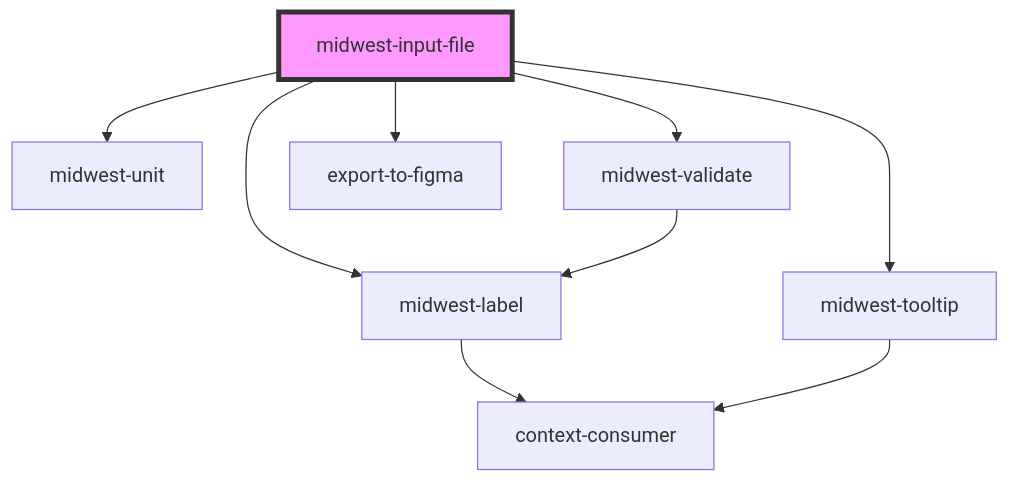
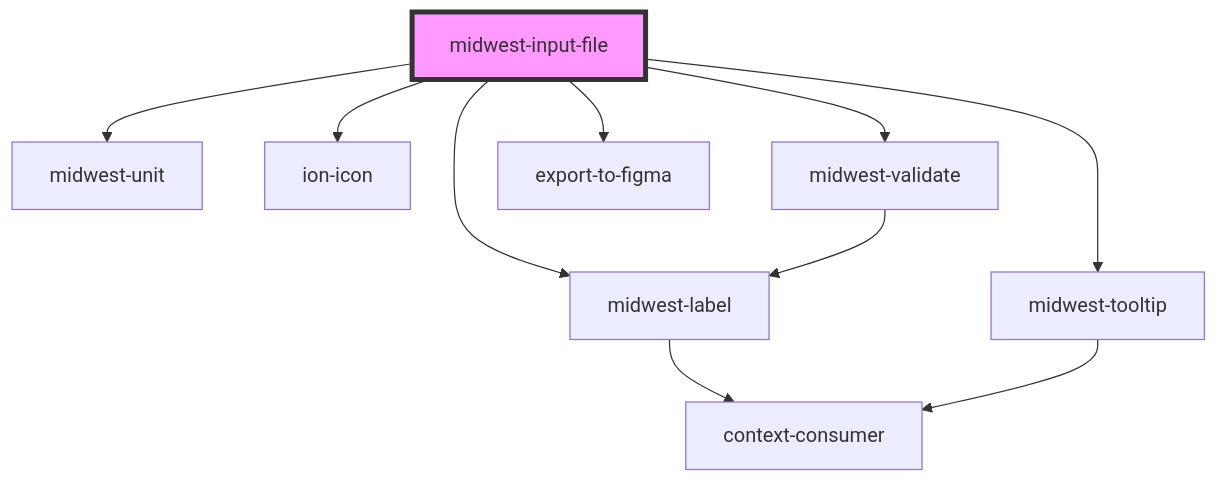
Before and after one commit to splitinfinities/Midwest: the diagram in packages/core/docs/components/forms/input-file/readme.md, drawn with Mermaid. The commit also changed other lines of this file and 388 other files, not shown here.

````diff
--- a/packages/core/docs/components/forms/input-file/readme.md
+++ b/packages/core/docs/components/forms/input-file/readme.md
@@ -69,12 +70,13 @@
 ```mermaid
 graph TD;
   midwest-input-file --> midwest-unit
+  midwest-input-file --> ion-icon
   midwest-input-file --> midwest-label
   midwest-input-file --> midwest-tooltip
   midwest-input-file --> midwest-validate
   midwest-input-file --> export-to-figma
   midwest-label --> context-consumer
   midwest-tooltip --> context-consumer
   midwest-validate --> midwest-label
   style midwest-input-file fill:#f9f,stroke:#333,stroke-width:4px
 ```
````
